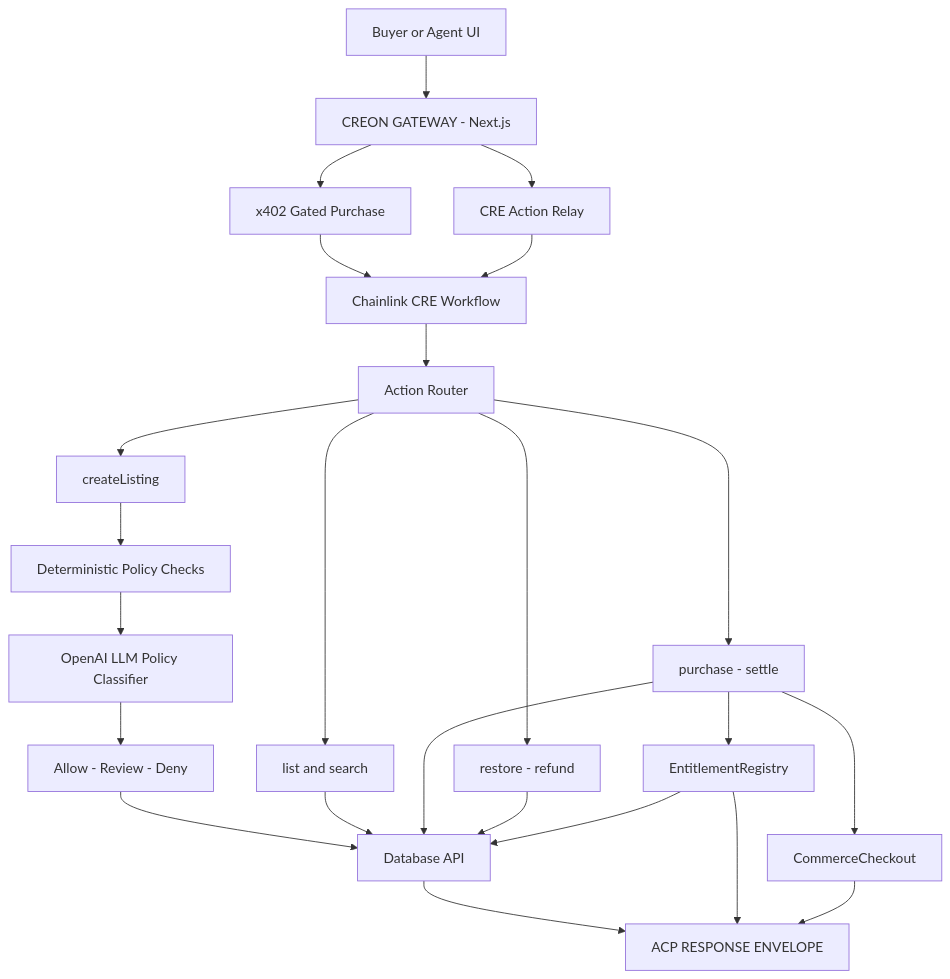
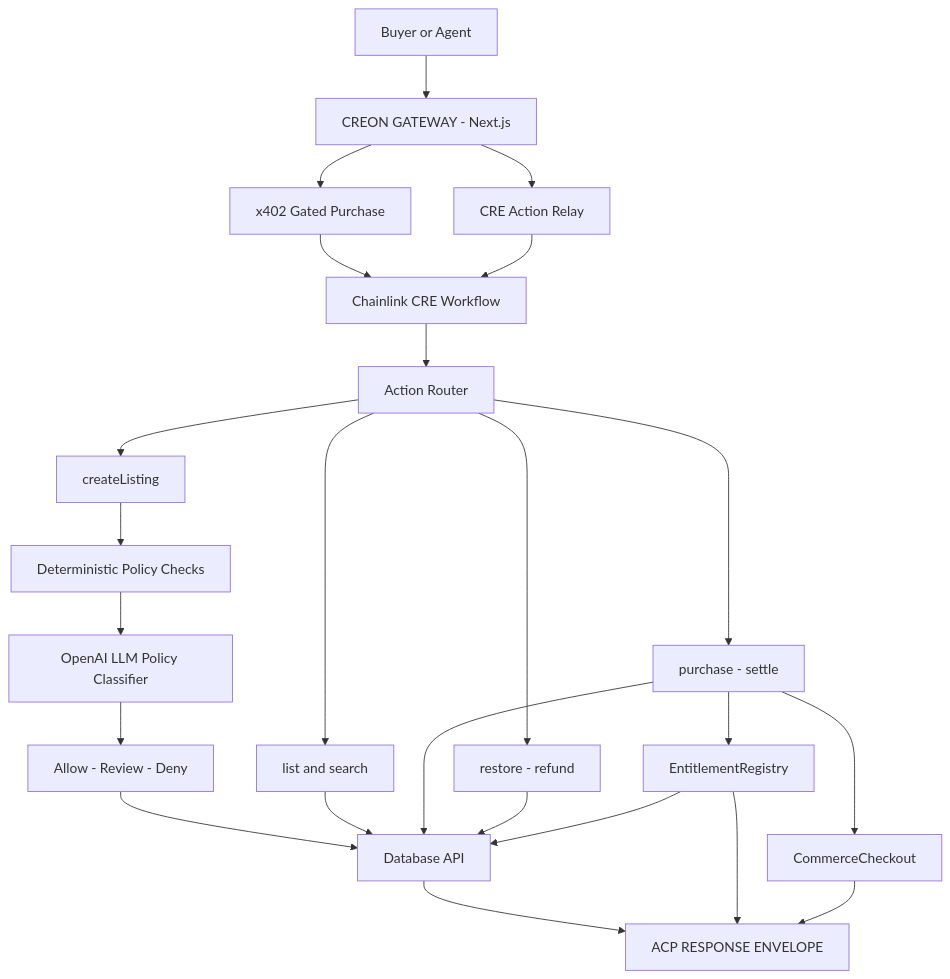
One commit to raldblox/creon changed the diagram in README.md. Above: the diagram before and after it, drawn with Mermaid. The commit also changed 3 other files, not shown here.

````diff
--- a/README.md
+++ b/README.md
@@ -25,29 +25,29 @@
 ```mermaid
 flowchart TD
-  A[Buyer or Agent UI] --> B[CREON GATEWAY - Next.js]
+  A[Buyer or Agent] --> B[CREON GATEWAY - Next.js]
   B --> C[x402 Gated Purchase]
   B --> D[CRE Action Relay]
   C --> E[Chainlink CRE Workflow]
   D --> E
 
   E --> F[Action Router]
   F --> G[createListing]
   F --> H[list and search]
   F --> I[purchase - settle]
   F --> J[restore - refund ]
 
   G --> K[Deterministic Policy Checks]
   K --> L[OpenAI LLM Policy Classifier]
   L --> M[Allow - Review - Deny]
   M --> N[Database API]
   H --> N
   I --> N
   J --> N
 
   I --> O[EntitlementRegistry]
   I --> P[CommerceCheckout]
   N --> Q[ACP RESPONSE ENVELOPE]
   O --> N
   O --> Q
   P --> Q
 ```
````
